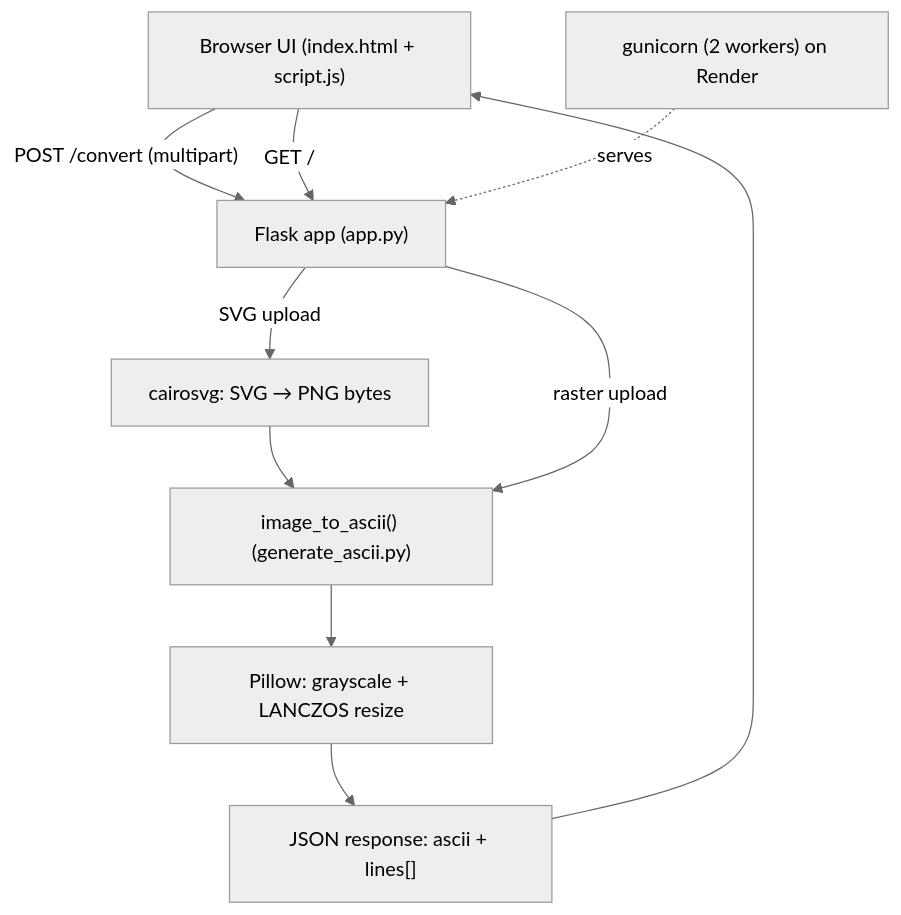
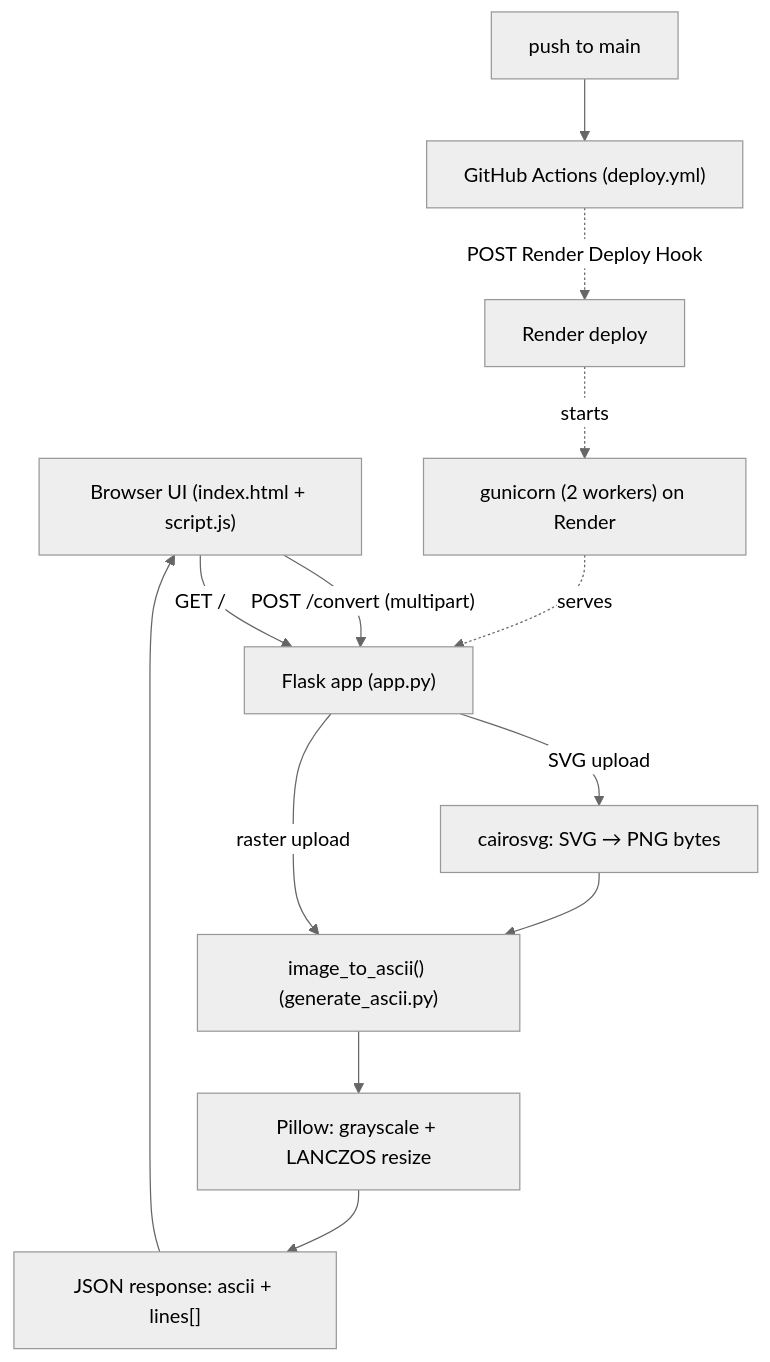
One commit to Technical-1/Image-To-Ascii-Flask changed the diagram in .portfolio/architecture.md. Above: the diagram before and after it, drawn with Mermaid (neutral theme). The commit also changed other lines of this file and 3 other files, not shown here.

````diff
--- a/.portfolio/architecture.md
+++ b/.portfolio/architecture.md
@@ -5,12 +5,15 @@
 ```mermaid
 flowchart TD
     Browser["Browser UI (index.html + script.js)"] -->|"POST /convert (multipart)"| Flask["Flask app (app.py)"]
     Browser -->|"GET /"| Flask
     Flask -->|"SVG upload"| Cairo["cairosvg: SVG → PNG bytes"]
     Cairo --> Core["image_to_ascii() (generate_ascii.py)"]
     Flask -->|"raster upload"| Core
     Core --> Pillow["Pillow: grayscale + LANCZOS resize"]
     Pillow --> JSON["JSON response: ascii + lines[]"]
     JSON --> Browser
     Gunicorn["gunicorn (2 workers) on Render"] -.serves.-> Flask
+    Push["push to main"] --> GHA["GitHub Actions (deploy.yml)"]
+    GHA -.->|"POST Render Deploy Hook"| Render["Render deploy"]
+    Render -.starts.-> Gunicorn
 ```
````
